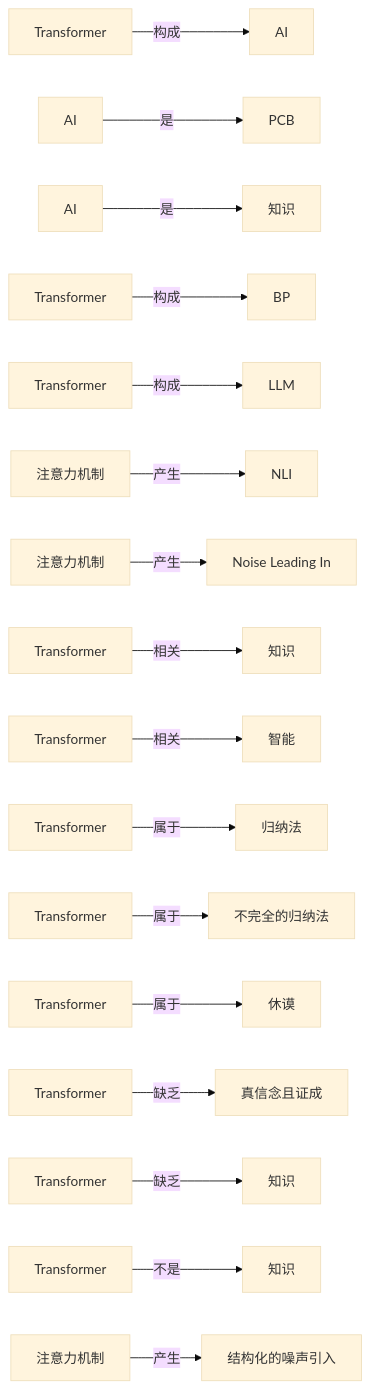
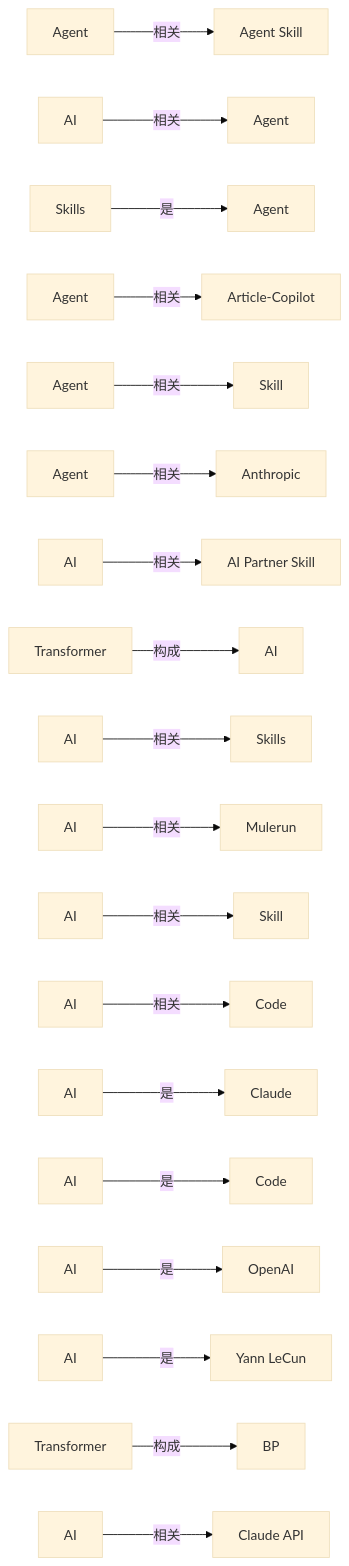
The second of 2 diagrams in LLM Wiki/wiki/domains/ai智能体.md (mwbel/ResearchManjushri), drawn with Mermaid (base theme) before and after one commit. The commit also changed other lines of this file and 57 other files, not shown here.

````diff
--- a/LLM Wiki/wiki/domains/ai智能体.md
+++ b/LLM Wiki/wiki/domains/ai智能体.md
@@ -56,19 +59,21 @@
 ```mermaid
 flowchart LR
-    C1A["Transformer"] -- "构成" --> C1B["AI"]
-    C2A["AI"] -- "是" --> C2B["PCB"]
-    C3A["AI"] -- "是" --> C3B["知识"]
-    C4A["Transformer"] -- "构成" --> C4B["BP"]
-    C5A["Transformer"] -- "构成" --> C5B["LLM"]
-    C6A["注意力机制"] -- "产生" --> C6B["NLI"]
-    C7A["注意力机制"] -- "产生" --> C7B["Noise Leading In"]
-    C8A["Transformer"] -- "相关" --> C8B["知识"]
-    C9A["Transformer"] -- "相关" --> C9B["智能"]
-    C10A["Transformer"] -- "属于" --> C10B["归纳法"]
-    C11A["Transformer"] -- "属于" --> C11B["不完全的归纳法"]
-    C12A["Transformer"] -- "属于" --> C12B["休谟"]
-    C13A["Transformer"] -- "缺乏" --> C13B["真信念且证成"]
-    C14A["Transformer"] -- "缺乏" --> C14B["知识"]
-    C15A["Transformer"] -- "不是" --> C15B["知识"]
-    C16A["注意力机制"] -- "产生" --> C16B["结构化的噪声引入"]
+    C1A["Agent"] -- "相关" --> C1B["Agent Skill"]
+    C2A["AI"] -- "相关" --> C2B["Agent"]
+    C3A["Skills"] -- "是" --> C3B["Agent"]
+    C4A["Agent"] -- "相关" --> C4B["Article-Copilot"]
+    C5A["Agent"] -- "相关" --> C5B["Skill"]
+    C6A["Agent"] -- "相关" --> C6B["Anthropic"]
+    C7A["AI"] -- "相关" --> C7B["AI Partner Skill"]
+    C8A["Transformer"] -- "构成" --> C8B["AI"]
+    C9A["AI"] -- "相关" --> C9B["Skills"]
+    C10A["AI"] -- "相关" --> C10B["Mulerun"]
+    C11A["AI"] -- "相关" --> C11B["Skill"]
+    C12A["AI"] -- "相关" --> C12B["Code"]
+    C13A["AI"] -- "是" --> C13B["Claude"]
+    C14A["AI"] -- "是" --> C14B["Code"]
+    C15A["AI"] -- "是" --> C15B["OpenAI"]
+    C16A["AI"] -- "是" --> C16B["Yann LeCun"]
+    C17A["Transformer"] -- "构成" --> C17B["BP"]
+    C18A["AI"] -- "相关" --> C18B["Claude API"]
 ```
````
